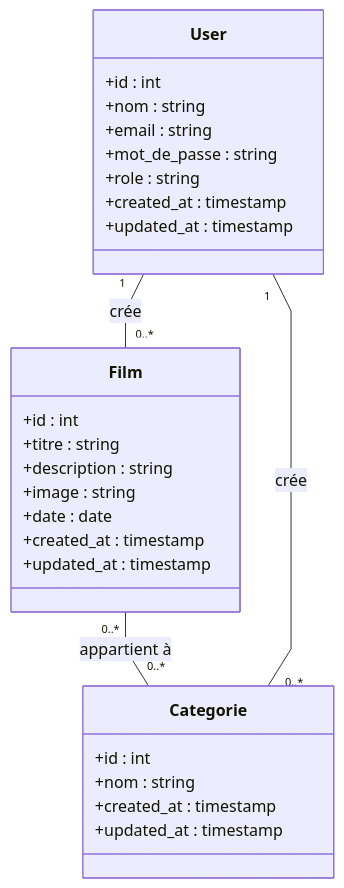
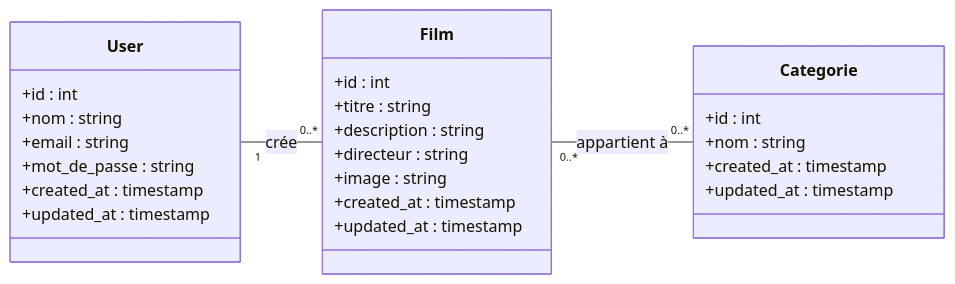
Before and after one commit to salma-akajou/Project-technique: the diagram in diagram_class.mmd, drawn with Mermaid. The commit also changed 2 other files, not shown here.

Commit message:
add diagram class

```diff
--- a/diagram_class.mmd
+++ b/diagram_class.mmd
@@ -1,33 +1,33 @@
 %%{init: {'theme': 'default', 'flowchart': {'curve': 'linear'}}}%%
 classDiagram
+    direction LR
+
     class Film {
         +id : int
         +titre : string
         +description : string
+        +directeur : string
         +image : string
-        +date : date
         +created_at : timestamp
         +updated_at : timestamp
     }
 
     class Categorie {
         +id : int
         +nom : string
         +created_at : timestamp
         +updated_at : timestamp
     }
 
     class User {
         +id : int
         +nom : string
         +email : string
         +mot_de_passe : string
-        +role : string
         +created_at : timestamp
         +updated_at : timestamp
     }
 
     %% Relations
     Film "0..*" -- "0..*" Categorie : appartient à
     User "1" -- "0..*" Film : crée
-    User "1" -- "0..*" Categorie : crée
```
